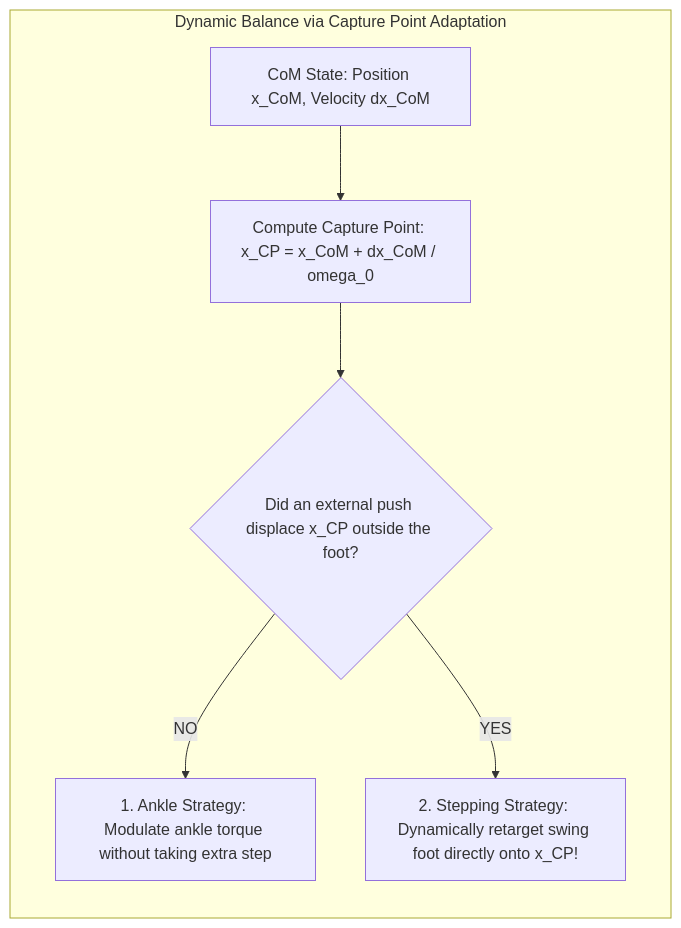
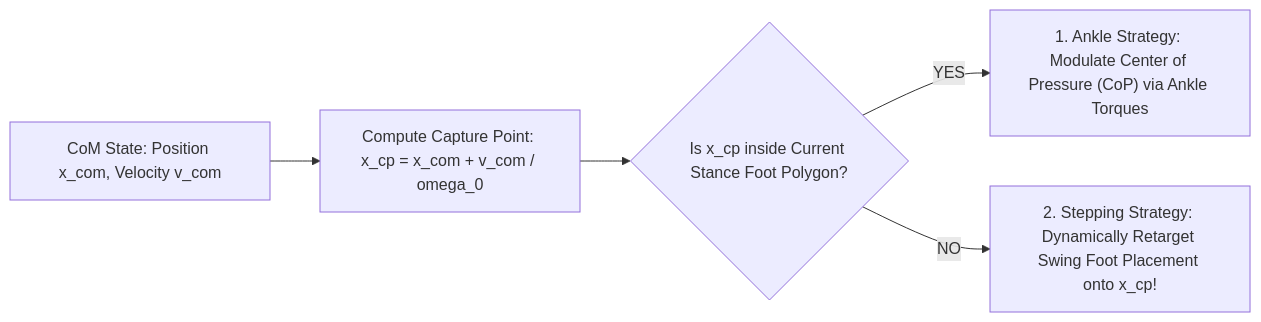
One commit to MudassirT/Physical-AI-Humanoid-Robotics changed the second of 2 diagrams in ai-book-docs/module3-ai-robot-brain/3-4-nav2-for-bipedal-movement.mdx. Above: the diagram before and after it, drawn with Mermaid. The commit also changed other lines of this file and 1 other file, not shown here.

````diff
--- a/ai-book-docs/module3-ai-robot-brain/3-4-nav2-for-bipedal-movement.mdx
+++ b/ai-book-docs/module3-ai-robot-brain/3-4-nav2-for-bipedal-movement.mdx
@@ -88,10 +105,8 @@
 ```mermaid
 flowchart LR
-    subgraph CapturePointDynamics["Dynamic Balance via Capture Point Adaptation"]
-        CoM["CoM State: Position x_CoM, Velocity dx_CoM"] --> CalcCP["Compute Capture Point: x_CP = x_CoM + dx_CoM / omega_0"]
-        CalcCP --> PushTest{"Did an external push displace x_CP outside the foot?"}
-        
-        PushTest -- NO --> AnkleStrategy["1. Ankle Strategy: Modulate ankle torque without taking extra step"]
-        PushTest -- YES --> StepStrategy["2. Stepping Strategy: Dynamically retarget swing foot directly onto x_CP!"]
-    end
+    CoMState["CoM State: Position x_com, Velocity v_com"] --> CalcCP["Compute Capture Point: x_cp = x_com + v_com / omega_0"]
+    CalcCP --> CheckBounds{"Is x_cp inside Current Stance Foot Polygon?"}
+    
+    CheckBounds -- YES --> AnkleStrategy["1. Ankle Strategy: Modulate Center of Pressure (CoP) via Ankle Torques"]
+    CheckBounds -- NO --> StepStrategy["2. Stepping Strategy: Dynamically Retarget Swing Foot Placement onto x_cp!"]
 ```
````
